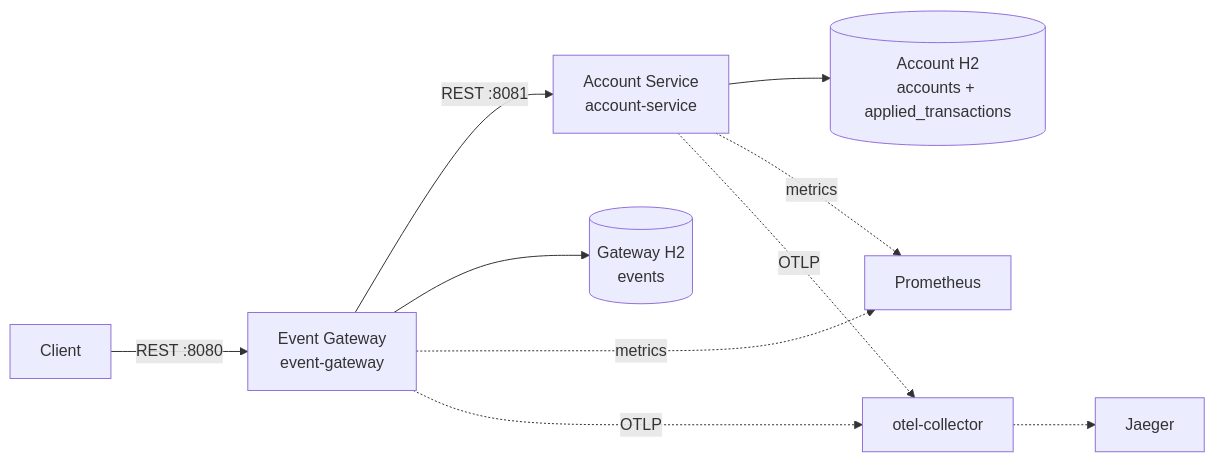
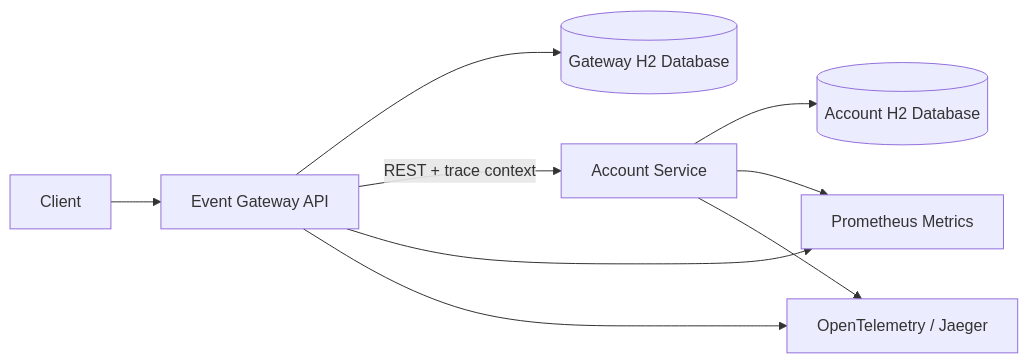
The first of 4 diagrams in README.md (rajanalaramya/event-ledger), drawn with Mermaid before and after one commit. The commit also changed other lines of this file and 8 other files, not shown here.

````diff
--- a/README.md
+++ b/README.md
@@ -11,11 +37,11 @@
 ```mermaid
 flowchart LR
-  C[Client] -->|REST :8080| G[Event Gateway<br/>event-gateway]
-  G -->|REST :8081| A[Account Service<br/>account-service]
-  G --> GD[(Gateway H2<br/>events)]
-  A --> AD[(Account H2<br/>accounts + applied_transactions)]
-  G -. metrics .-> P[Prometheus]
-  A -. metrics .-> P
-  G -. OTLP .-> O[otel-collector] -.-> J[Jaeger]
-  A -. OTLP .-> O
+    Client[Client] --> Gateway[Event Gateway API]
+    Gateway --> GatewayDB[(Gateway H2 Database)]
+    Gateway -->|REST + trace context| Account[Account Service]
+    Account --> AccountDB[(Account H2 Database)]
+    Gateway --> Metrics[Prometheus Metrics]
+    Account --> Metrics
+    Gateway --> Tracing[OpenTelemetry / Jaeger]
+    Account --> Tracing
 ```
````
